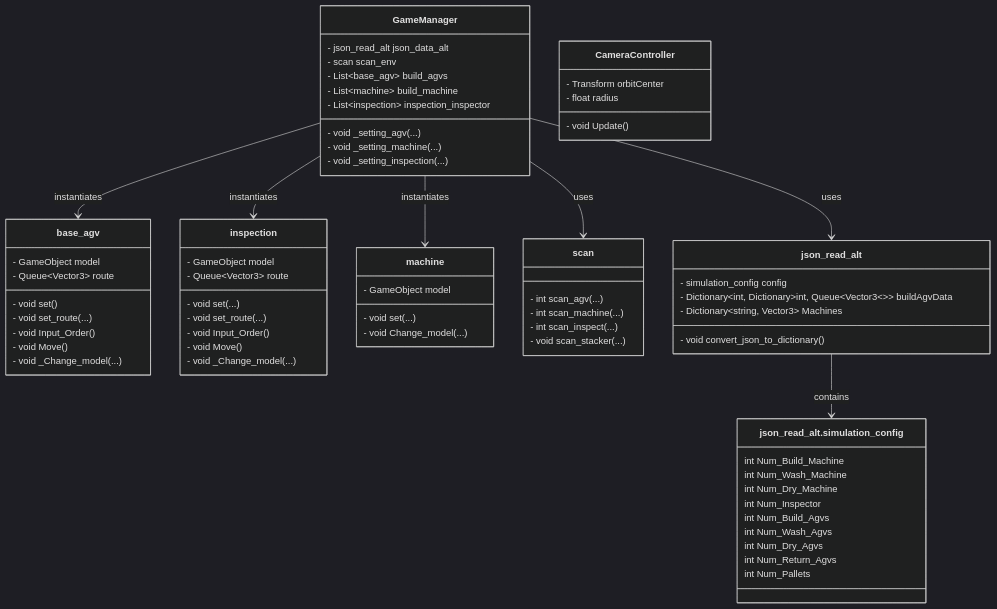
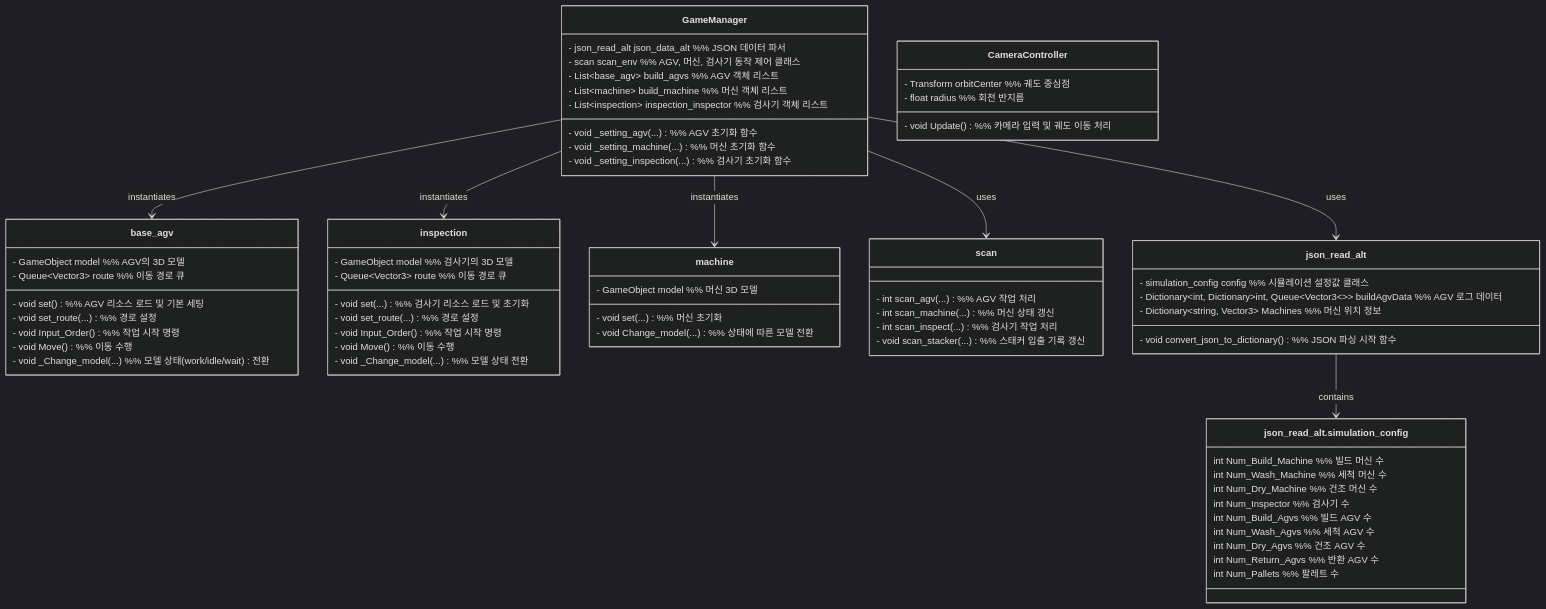
Before and after one commit to Kor-Lazyman/unity_project: the first of 3 diagrams in README.md, drawn with Mermaid (dark theme). The commit also changed other lines of this file, not shown here.

````diff
--- a/README.md
+++ b/README.md
@@ -23,82 +23,82 @@
 ```mermaid
 classDiagram
-    %% === Main Classes ===
+    %% === 주요 클래스 ===
     class GameManager {
-        - json_read_alt json_data_alt
-        - scan scan_env
-        - List~base_agv~ build_agvs
-        - List~machine~ build_machine
-        - List~inspection~ inspection_inspector
-        - void _setting_agv(...)
-        - void _setting_machine(...)
-        - void _setting_inspection(...)
+        - json_read_alt json_data_alt  %% JSON 데이터 파서
+        - scan scan_env  %% AGV, 머신, 검사기 동작 제어 클래스
+        - List~base_agv~ build_agvs  %% AGV 객체 리스트
+        - List~machine~ build_machine  %% 머신 객체 리스트
+        - List~inspection~ inspection_inspector  %% 검사기 객체 리스트
+        - void _setting_agv(...) %% AGV 초기화 함수
+        - void _setting_machine(...) %% 머신 초기화 함수
+        - void _setting_inspection(...) %% 검사기 초기화 함수
     }
 
     class base_agv {
-        - GameObject model
-        - Queue~Vector3~ route
-        - void set()
-        - void set_route(...)
-        - void Input_Order()
-        - void Move()
-        - void _Change_model(...)
+        - GameObject model  %% AGV의 3D 모델
+        - Queue~Vector3~ route  %% 이동 경로 큐
+        - void set() %% AGV 리소스 로드 및 기본 세팅
+        - void set_route(...) %% 경로 설정
+        - void Input_Order() %% 작업 시작 명령
+        - void Move() %% 이동 수행
+        - void _Change_model(...) %% 모델 상태(work/idle/wait) 전환
     }
 
     class inspection {
-        - GameObject model
-        - Queue~Vector3~ route
-        - void set(...)
-        - void set_route(...)
-        - void Input_Order()
-        - void Move()
-        - void _Change_model(...)
+        - GameObject model  %% 검사기의 3D 모델
+        - Queue~Vector3~ route  %% 이동 경로 큐
+        - void set(...) %% 검사기 리소스 로드 및 초기화
+        - void set_route(...) %% 경로 설정
+        - void Input_Order() %% 작업 시작 명령
+        - void Move() %% 이동 수행
+        - void _Change_model(...) %% 모델 상태 전환
     }
 
     class machine {
-        - GameObject model
-        - void set(...)
-        - void Change_model(...)
+        - GameObject model  %% 머신 3D 모델
+        - void set(...) %% 머신 초기화
+        - void Change_model(...) %% 상태에 따른 모델 전환
     }
 
     class scan {
-        - int scan_agv(...)
-        - int scan_machine(...)
-        - int scan_inspect(...)
-        - void scan_stacker(...)
+        - int scan_agv(...) %% AGV 작업 처리
+        - int scan_machine(...) %% 머신 상태 갱신
+        - int scan_inspect(...) %% 검사기 작업 처리
+        - void scan_stacker(...) %% 스태커 입출 기록 갱신
     }
 
     class json_read_alt {
-        - simulation_config config
-        - Dictionary~int, Dictionary~int, Queue~Vector3~~~ buildAgvData
-        - Dictionary~string, Vector3~ Machines
-        - void convert_json_to_dictionary()
+        - simulation_config config  %% 시뮬레이션 설정값 클래스
+        - Dictionary~int, Dictionary~int, Queue~Vector3~~~ buildAgvData %% AGV 로그 데이터
+        - Dictionary~string, Vector3~ Machines %% 머신 위치 정보
+        - void convert_json_to_dictionary() %% JSON 파싱 시작 함수
     }
 
     class json_read_alt.simulation_config {
-        int Num_Build_Machine
-        int Num_Wash_Machine
-        int Num_Dry_Machine
-        int Num_Inspector
-        int Num_Build_Agvs
-        int Num_Wash_Agvs
-        int Num_Dry_Agvs
-        int Num_Return_Agvs
-        int Num_Pallets
+        int Num_Build_Machine %% 빌드 머신 수
+        int Num_Wash_Machine %% 세척 머신 수
+        int Num_Dry_Machine %% 건조 머신 수
+        int Num_Inspector %% 검사기 수
+        int Num_Build_Agvs %% 빌드 AGV 수
+        int Num_Wash_Agvs %% 세척 AGV 수
+        int Num_Dry_Agvs %% 건조 AGV 수
+        int Num_Return_Agvs %% 반환 AGV 수
+        int Num_Pallets %% 팔레트 수
     }
 
     class CameraController {
-        - Transform orbitCenter
-        - float radius
-        - void Update()
+        - Transform orbitCenter %% 궤도 중심점
+        - float radius %% 회전 반지름
+        - void Update() %% 카메라 입력 및 궤도 이동 처리
     }
 
-    %% === Relationships ===
+    %% === 클래스 간 관계 ===
     GameManager --> json_read_alt : uses
     GameManager --> scan : uses
     GameManager --> base_agv : instantiates
     GameManager --> machine : instantiates
     GameManager --> inspection : instantiates
 
+    json_read_alt --> json_read_alt.simulation_config : contains
 
-    json_read_alt --> json_read_alt.simulation_config : contains
 ```
````
